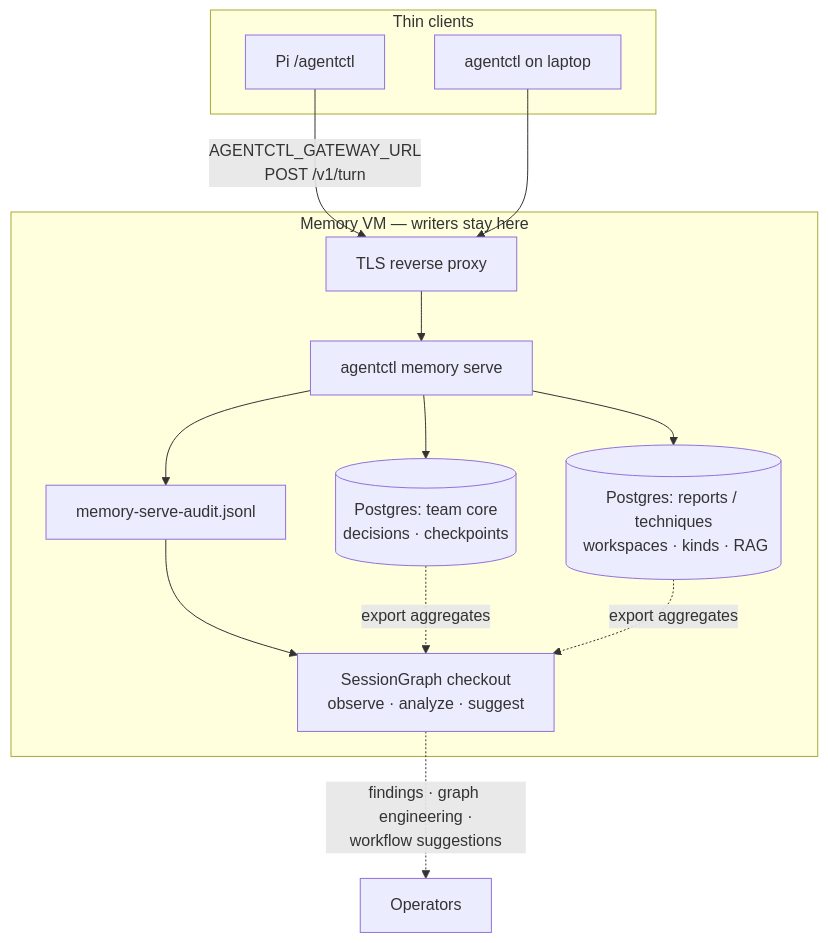
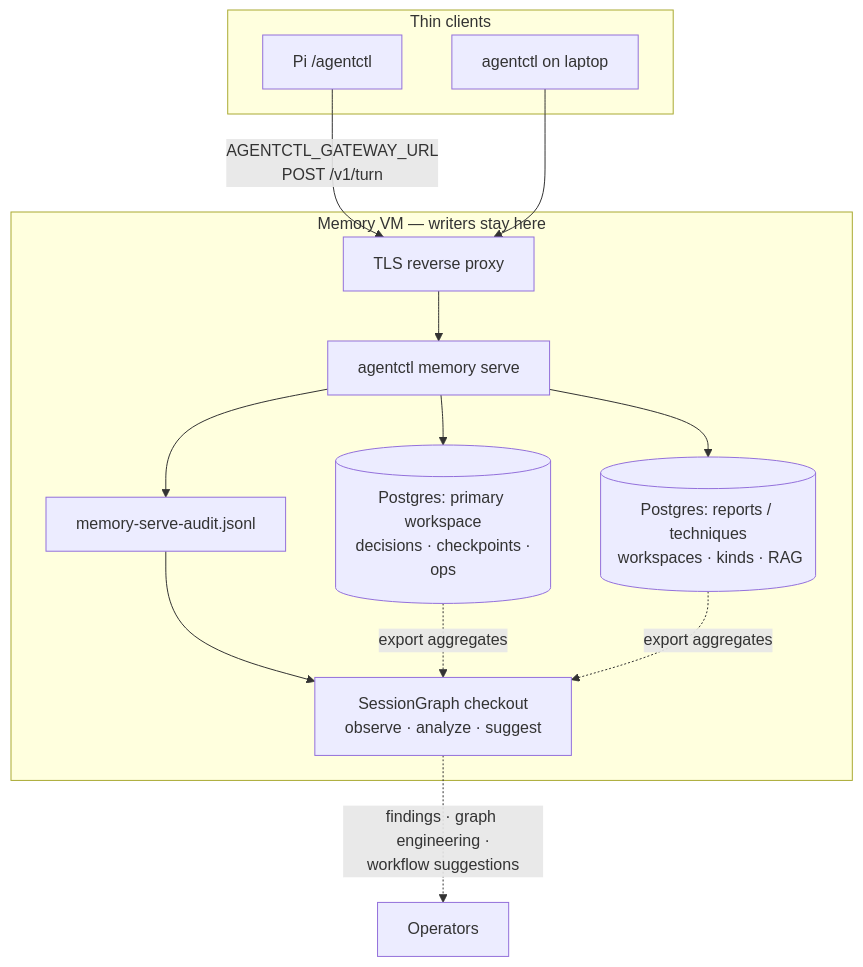
The second of 3 diagrams in README.md (LifeTimeScriptKiddie/agentctl), drawn with Mermaid before and after one commit. The commit also changed other lines of this file and 1 other file, not shown here.

First line of the commit message:
Add ops_note kind and document operator handoff in README.

````diff
--- a/README.md
+++ b/README.md
@@ -90,27 +90,27 @@
 ```mermaid
 flowchart TB
   subgraph clients [Thin clients]
     Pi[Pi /agentctl]
     CLI[agentctl on laptop]
   end
 
   subgraph vm [Memory VM — writers stay here]
     TLS[TLS reverse proxy]
     Serve["agentctl memory serve"]
-    DB1[(Postgres: team core\n decisions · checkpoints)]
+    DB1[(Postgres: primary workspace\n decisions · checkpoints · ops)]
     DB2[(Postgres: reports / techniques\n workspaces · kinds · RAG)]
     Audit["memory-serve-audit.jsonl"]
     SG[SessionGraph checkout\n observe · analyze · suggest]
     Serve --> DB1
     Serve --> DB2
     Serve --> Audit
     Audit --> SG
     DB1 -.->|export aggregates| SG
     DB2 -.->|export aggregates| SG
     TLS --> Serve
   end
 
   Pi -->|"AGENTCTL_GATEWAY_URL\nPOST /v1/turn"| TLS
   CLI --> TLS
   SG -.->|findings · graph engineering ·\nworkflow suggestions| Ops[Operators]
 ```
````
